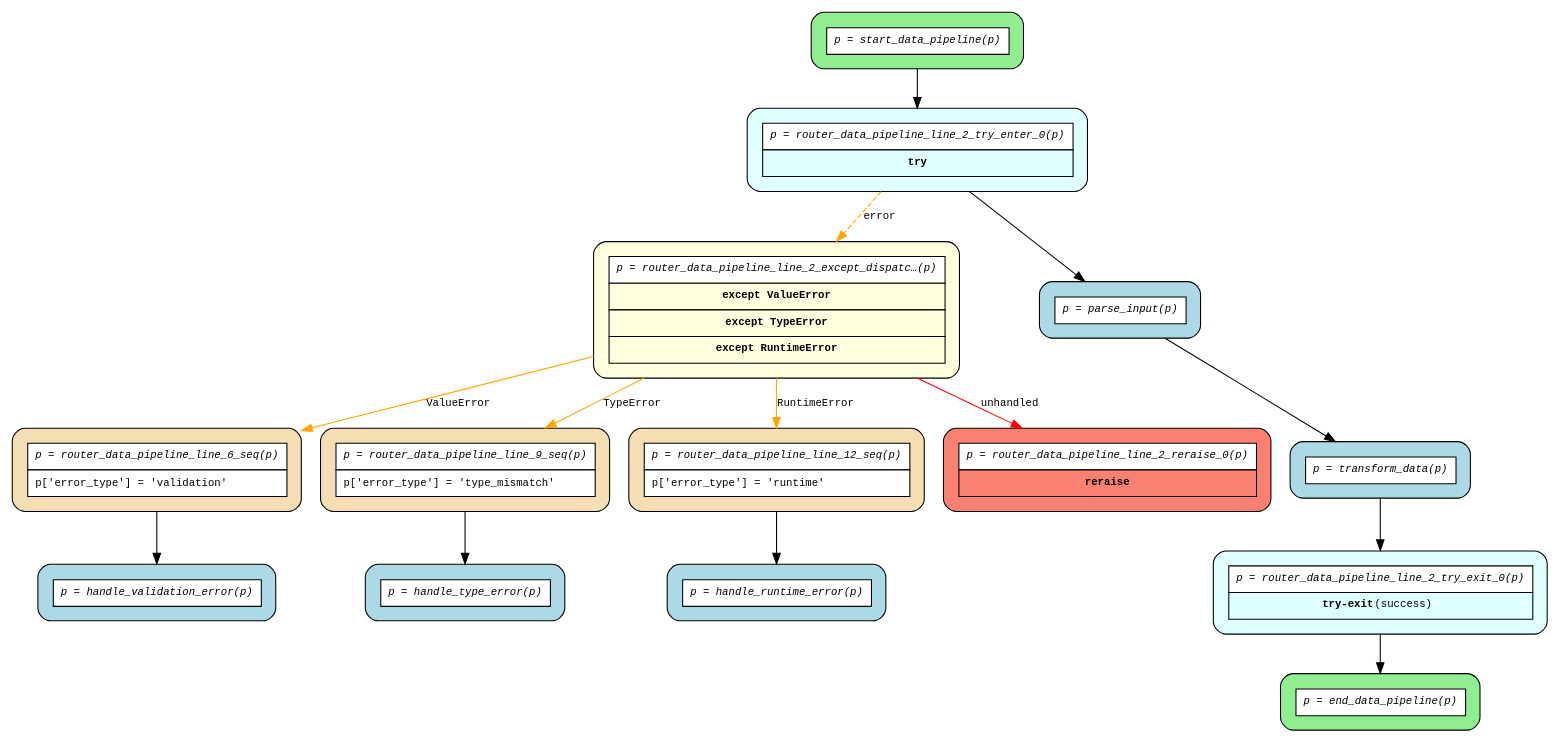
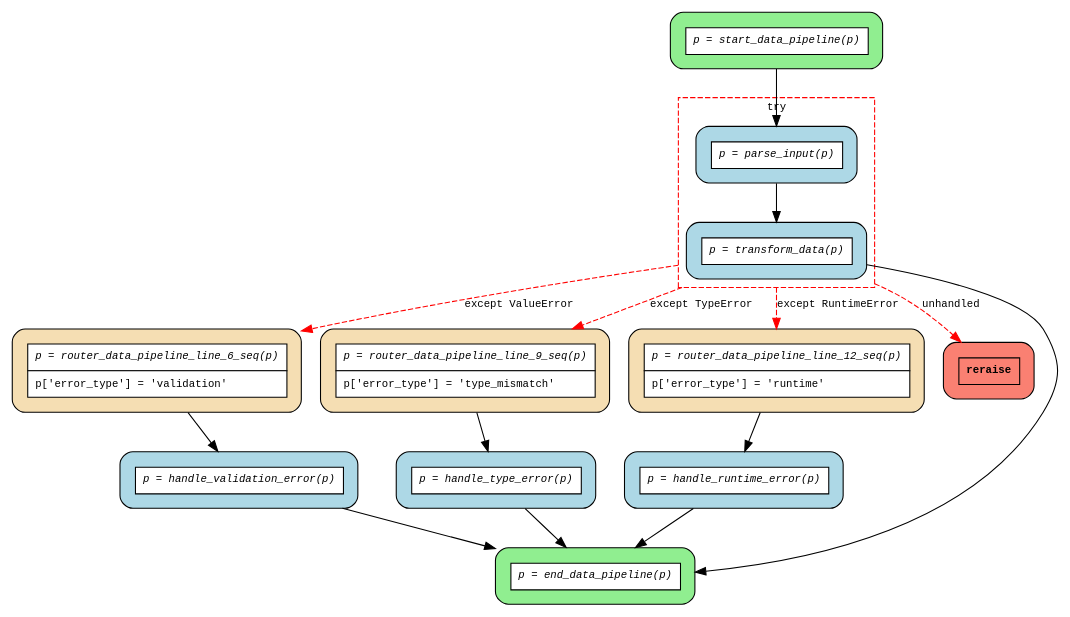
One commit to deliveryhero/asya changed the diagram in examples/flows/compiled/try_except_multiple_handlers/flow.dot. Above: the diagram before and after it, drawn with Graphviz. The commit also changed 9 other files, not shown here.

First line of the commit message:
fix(flow): redesign try-except DOT visualization with dashed clusters

```diff
--- a/examples/flows/compiled/try_except_multiple_handlers/flow.dot
+++ b/examples/flows/compiled/try_except_multiple_handlers/flow.dot
@@ -1,35 +1,40 @@
 digraph flow {
   rankdir=TB;
+  compound=true;
   graph [fontname="Courier", fontsize=10];
   node [fontname="Courier", fontsize=10, shape=box, style="filled,rounded", margin="0.2"];
   edge [fontname="Courier", fontsize=10];
 
   start_data_pipeline [fillcolor="lightgreen", label=<<table border="0" cellspacing="0" cellpadding="6" cellborder="1"><tr><td bgcolor="white" align="center"><i>p = start_data_pipeline(p)</i></td></tr></table>>];
   router_data_pipeline_line_6_seq [fillcolor="wheat", label=<<table border="0" cellspacing="0" cellpadding="6" cellborder="1"><tr><td bgcolor="white" align="center"><i>p = router_data_pipeline_line_6_seq(p)</i></td></tr><tr><td bgcolor="white" align="left">p['error_type'] = 'validation'</td></tr></table>>];
   router_data_pipeline_line_9_seq [fillcolor="wheat", label=<<table border="0" cellspacing="0" cellpadding="6" cellborder="1"><tr><td bgcolor="white" align="center"><i>p = router_data_pipeline_line_9_seq(p)</i></td></tr><tr><td bgcolor="white" align="left">p['error_type'] = 'type_mismatch'</td></tr></table>>];
   router_data_pipeline_line_12_seq [fillcolor="wheat", label=<<table border="0" cellspacing="0" cellpadding="6" cellborder="1"><tr><td bgcolor="white" align="center"><i>p = router_data_pipeline_line_12_seq(p)</i></td></tr><tr><td bgcolor="white" align="left">p['error_type'] = 'runtime'</td></tr></table>>];
-  router_data_pipeline_line_2_try_enter_0 [fillcolor="lightcyan", label=<<table border="0" cellspacing="0" cellpadding="6" cellborder="1"><tr><td bgcolor="white" align="center"><i>p = router_data_pipeline_line_2_try_enter_0(p)</i></td></tr><tr><td bgcolor="lightcyan"><b>try</b></td></tr></table>>];
-  router_data_pipeline_line_2_try_exit_0 [fillcolor="lightcyan", label=<<table border="0" cellspacing="0" cellpadding="6" cellborder="1"><tr><td bgcolor="white" align="center"><i>p = router_data_pipeline_line_2_try_exit_0(p)</i></td></tr><tr><td bgcolor="lightcyan"><b>try-exit</b> (success)</td></tr></table>>];
-  router_data_pipeline_line_2_except_dispatch_0 [fillcolor="lightyellow", label=<<table border="0" cellspacing="0" cellpadding="6" cellborder="1"><tr><td bgcolor="white" align="center"><i>p = router_data_pipeline_line_2_except_dispatc…(p)</i></td></tr><tr><td bgcolor="lightyellow"><b>except ValueError</b></td></tr><tr><td bgcolor="lightyellow"><b>except TypeError</b></td></tr><tr><td bgcolor="lightyellow"><b>except RuntimeError</b></td></tr></table>>];
-  router_data_pipeline_line_2_reraise_0 [fillcolor="salmon", label=<<table border="0" cellspacing="0" cellpadding="6" cellborder="1"><tr><td bgcolor="white" align="center"><i>p = router_data_pipeline_line_2_reraise_0(p)</i></td></tr><tr><td bgcolor="salmon"><b>reraise</b></td></tr></table>>];
+  router_data_pipeline_line_2_reraise_0 [fillcolor="salmon", label=<<table border="0" cellspacing="0" cellpadding="6" cellborder="1"><tr><td bgcolor="salmon"><b>reraise</b></td></tr></table>>];
   end_data_pipeline [fillcolor="lightgreen", label=<<table border="0" cellspacing="0" cellpadding="6" cellborder="1"><tr><td bgcolor="white" align="center"><i>p = end_data_pipeline(p)</i></td></tr></table>>];
   handle_runtime_error [fillcolor="lightblue", label=<<table border="0" cellspacing="0" cellpadding="6" cellborder="1"><tr><td bgcolor="white" align="center"><i>p = handle_runtime_error(p)</i></td></tr></table>>];
   handle_type_error [fillcolor="lightblue", label=<<table border="0" cellspacing="0" cellpadding="6" cellborder="1"><tr><td bgcolor="white" align="center"><i>p = handle_type_error(p)</i></td></tr></table>>];
   handle_validation_error [fillcolor="lightblue", label=<<table border="0" cellspacing="0" cellpadding="6" cellborder="1"><tr><td bgcolor="white" align="center"><i>p = handle_validation_error(p)</i></td></tr></table>>];
-  parse_input [fillcolor="lightblue", label=<<table border="0" cellspacing="0" cellpadding="6" cellborder="1"><tr><td bgcolor="white" align="center"><i>p = parse_input(p)</i></td></tr></table>>];
-  transform_data [fillcolor="lightblue", label=<<table border="0" cellspacing="0" cellpadding="6" cellborder="1"><tr><td bgcolor="white" align="center"><i>p = transform_data(p)</i></td></tr></table>>];
+  subgraph cluster_try_0 {
+    style=dashed;
+    color="red";
+    fontname="Courier";
+    fontsize=10;
+    label="try";
+    parse_input [fillcolor="lightblue", label=<<table border="0" cellspacing="0" cellpadding="6" cellborder="1"><tr><td bgcolor="white" align="center"><i>p = parse_input(p)</i></td></tr></table>>];
+    transform_data [fillcolor="lightblue", label=<<table border="0" cellspacing="0" cellpadding="6" cellborder="1"><tr><td bgcolor="white" align="center"><i>p = transform_data(p)</i></td></tr></table>>];
+  }
 
+  handle_runtime_error -> end_data_pipeline;
+  handle_type_error -> end_data_pipeline;
+  handle_validation_error -> end_data_pipeline;
   parse_input -> transform_data;
   router_data_pipeline_line_12_seq -> handle_runtime_error;
-  router_data_pipeline_line_2_except_dispatch_0 -> router_data_pipeline_line_12_seq [color=orange, label="RuntimeError"];
-  router_data_pipeline_line_2_except_dispatch_0 -> router_data_pipeline_line_2_reraise_0 [color=red, label="unhandled"];
-  router_data_pipeline_line_2_except_dispatch_0 -> router_data_pipeline_line_6_seq [color=orange, label="ValueError"];
-  router_data_pipeline_line_2_except_dispatch_0 -> router_data_pipeline_line_9_seq [color=orange, label="TypeError"];
-  router_data_pipeline_line_2_try_enter_0 -> parse_input;
-  router_data_pipeline_line_2_try_enter_0 -> router_data_pipeline_line_2_except_dispatch_0 [color=orange, style=dashed, label="error"];
-  router_data_pipeline_line_2_try_exit_0 -> end_data_pipeline;
   router_data_pipeline_line_6_seq -> handle_validation_error;
   router_data_pipeline_line_9_seq -> handle_type_error;
-  start_data_pipeline -> router_data_pipeline_line_2_try_enter_0;
-  transform_data -> router_data_pipeline_line_2_try_exit_0;
+  start_data_pipeline -> parse_input;
+  transform_data -> end_data_pipeline;
+  transform_data -> router_data_pipeline_line_12_seq [ltail=cluster_try_0, color=red, style=dashed, label="except RuntimeError"];
+  transform_data -> router_data_pipeline_line_2_reraise_0 [ltail=cluster_try_0, color=red, style=dashed, label="unhandled"];
+  transform_data -> router_data_pipeline_line_6_seq [ltail=cluster_try_0, color=red, style=dashed, label="except ValueError"];
+  transform_data -> router_data_pipeline_line_9_seq [ltail=cluster_try_0, color=red, style=dashed, label="except TypeError"];
 }
```
